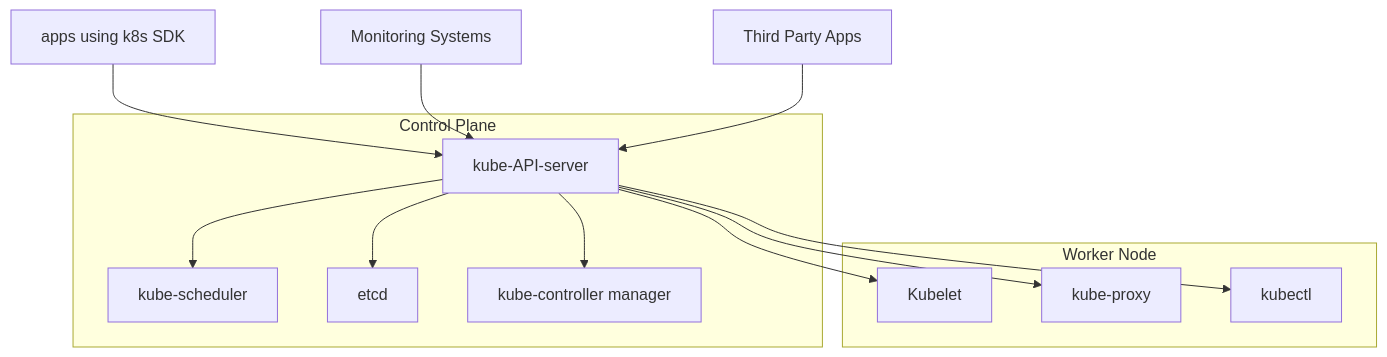
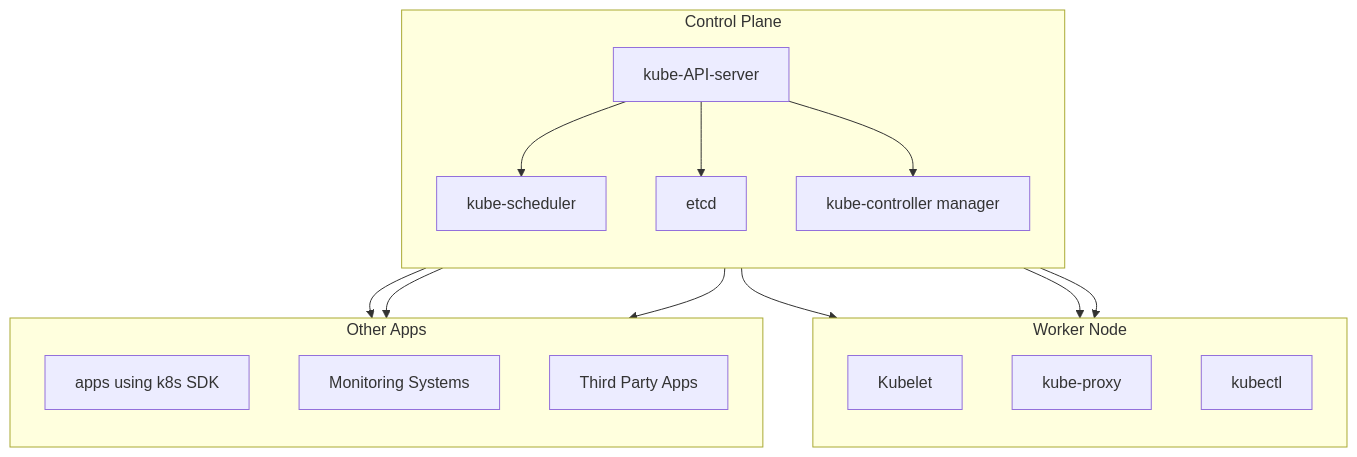
One commit to 007chiragshah/tucana changed the first of 2 diagrams in Architecture_Overview.md. Above: the diagram before and after it, drawn with Mermaid.

````diff
--- a/Architecture_Overview.md
+++ b/Architecture_Overview.md
@@ -20,27 +20,35 @@
   ```mermaid 
   graph TD
     subgraph "Control Plane" 
+        direction TB
         A[kube-API-server]
         B[kube-scheduler]
         D[etcd]
         E[kube-controller manager]
     end
 
     subgraph "Worker Node" 
+        direction TB
         F[Kubelet]
         G[kube-proxy]
         H[kubectl]
     end
 
     A --> B
     A --> D
     A --> E
     A --> F
     A --> G
     A --> H
 
-    J[apps using k8s SDK] --> A
-    K[Monitoring Systems] --> A
-    L[Third Party Apps] --> A
+    subgraph "Other Apps"
+        direction TB
+        J[apps using k8s SDK]
+        K[Monitoring Systems]
+        L[Third Party Apps]
+    end
 
+    A --> J
+    A --> K
+    A --> L
   ```
````
